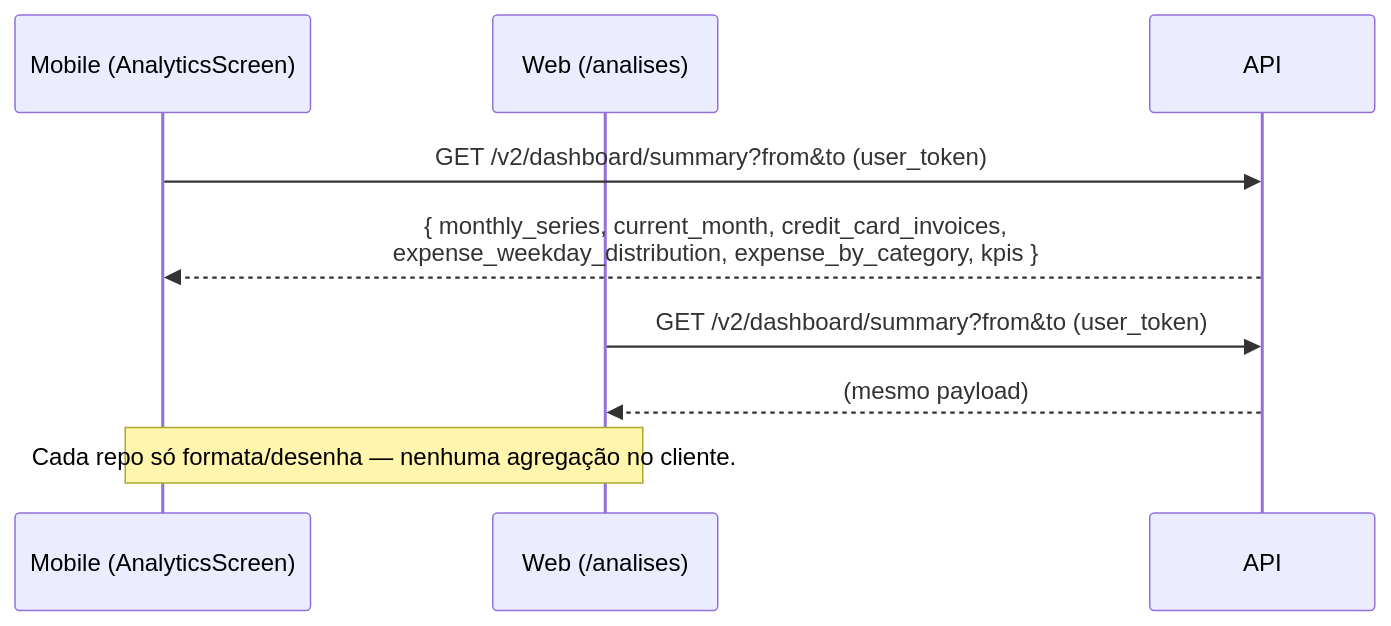
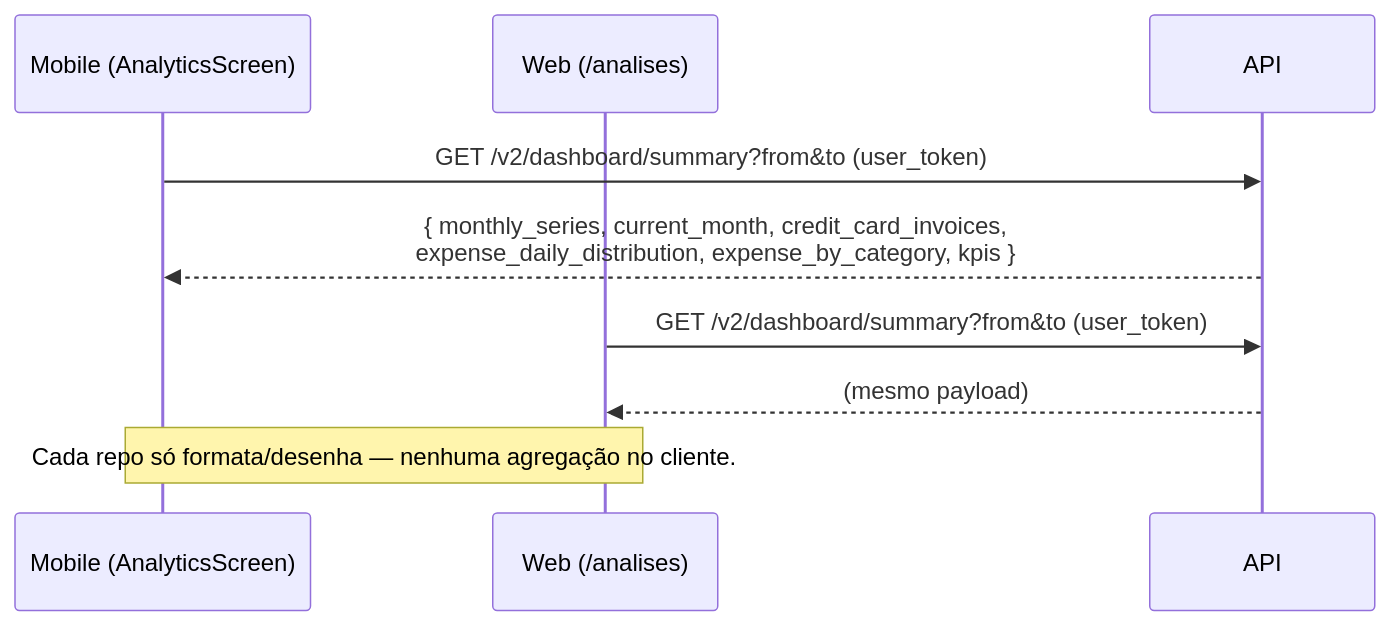
Before and after one commit to silvioubaldino/personal-finance-context: the diagram in design/AYD-003-analises-financeiras.md, drawn with Mermaid. The commit also changed other lines of this file and 1 other file, not shown here.

````diff
--- a/design/AYD-003-analises-financeiras.md
+++ b/design/AYD-003-analises-financeiras.md
@@ -339,12 +364,12 @@
 ```mermaid
 sequenceDiagram
   participant M as Mobile (AnalyticsScreen)
   participant W as Web (/analises)
   participant A as API
 
   M->>A: GET /v2/dashboard/summary?from&to (user_token)
-  A-->>M: { monthly_series, current_month, credit_card_invoices,<br/>expense_weekday_distribution, expense_by_category, kpis }
+  A-->>M: { monthly_series, current_month, credit_card_invoices,<br/>expense_daily_distribution, expense_by_category, kpis }
   W->>A: GET /v2/dashboard/summary?from&to (user_token)
   A-->>W: (mesmo payload)
   Note over M,W: Cada repo só formata/desenha — nenhuma agregação no cliente.
 ```
````
